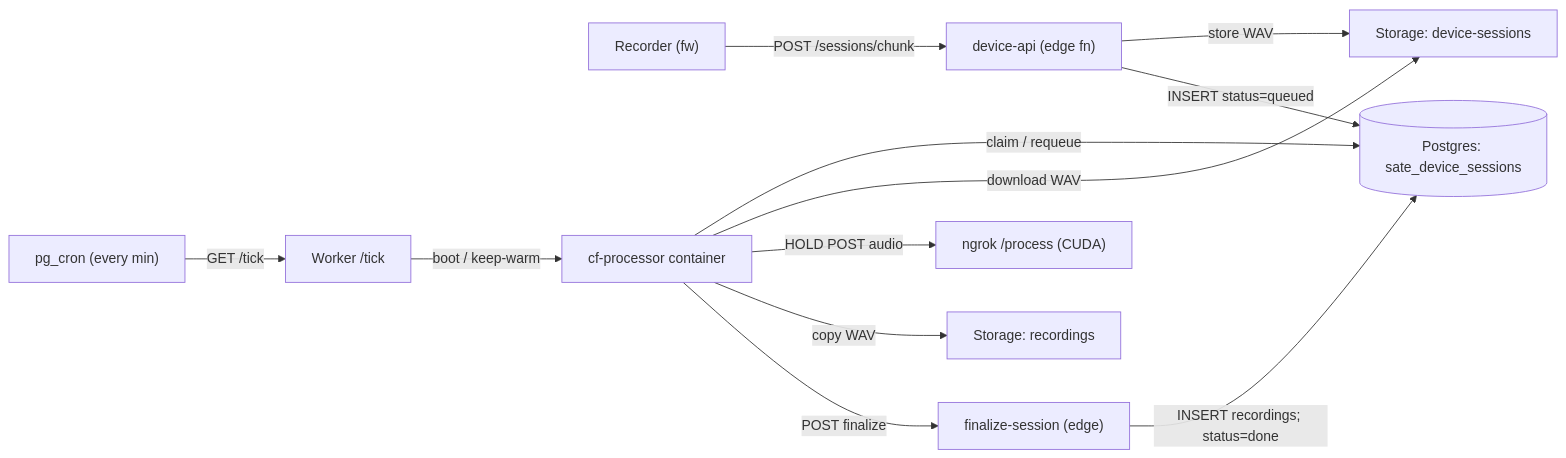
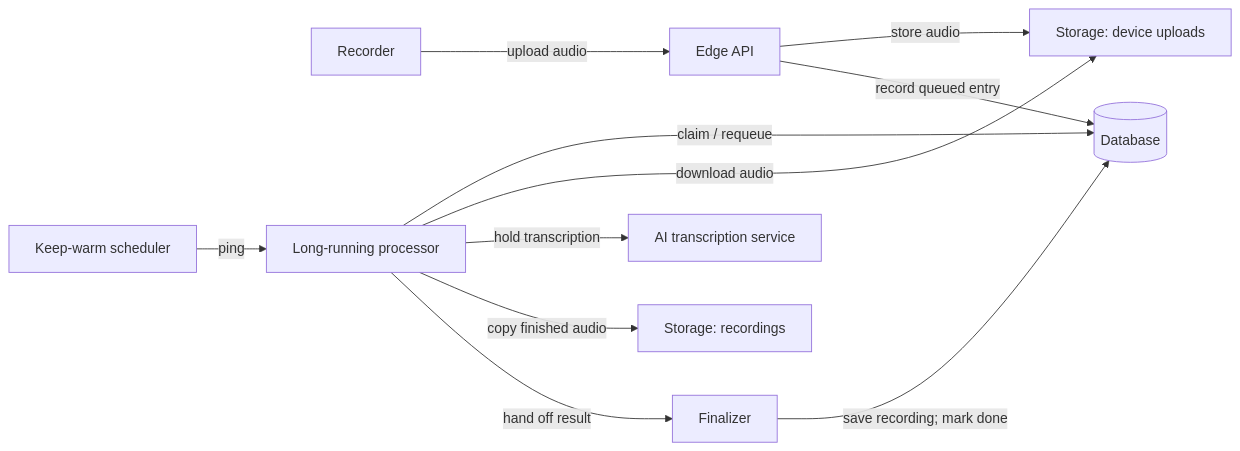
Before and after one commit to Longcao24/sate-companion: the second of 4 diagrams in docs-site/docs/guides/backend.md, drawn with Mermaid. The commit also changed other lines of this file and 17 other files, not shown here.

First line of the commit message:
docs-site: generalize published docs + add system-overview diagram

````diff
--- a/docs-site/docs/guides/backend.md
+++ b/docs-site/docs/guides/backend.md
@@ -80,14 +74,13 @@
 ```mermaid
 flowchart LR
-    D["Recorder (fw)"] -->|"POST /sessions/chunk"| API["device-api (edge fn)"]
-    API -->|"store WAV"| DS["Storage: device-sessions"]
-    API -->|"INSERT status=queued"| PG[("Postgres: sate_device_sessions")]
-    CRON["pg_cron (every min)"] -->|"GET /tick"| W["Worker /tick"]
-    W -->|"boot / keep-warm"| C["cf-processor container"]
+    D["Recorder"] -->|"upload audio"| API["Edge API"]
+    API -->|"store audio"| DS["Storage: device uploads"]
+    API -->|"record queued entry"| PG[("Database")]
+    CRON["Keep-warm scheduler"] -->|"ping"| C["Long-running processor"]
     C -->|"claim / requeue"| PG
-    C -->|"download WAV"| DS
-    C -->|"HOLD POST audio"| AI["ngrok /process (CUDA)"]
-    C -->|"copy WAV"| REC["Storage: recordings"]
-    C -->|"POST finalize"| FIN["finalize-session (edge)"]
-    FIN -->|"INSERT recordings; status=done"| PG
+    C -->|"download audio"| DS
+    C -->|"hold transcription"| AI["AI transcription service"]
+    C -->|"copy finished audio"| REC["Storage: recordings"]
+    C -->|"hand off result"| FIN["Finalizer"]
+    FIN -->|"save recording; mark done"| PG
 ```
````
